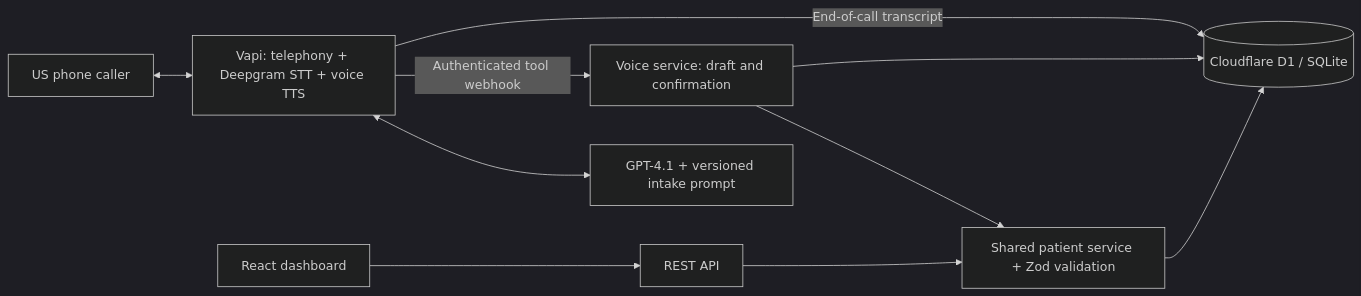
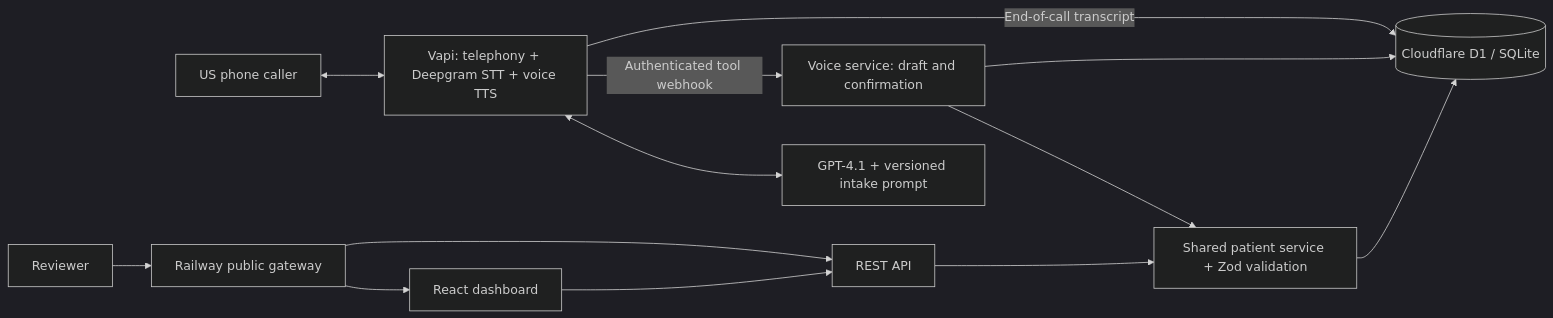
One commit to nehaaamir17/carecloud-voice-ai-agent changed the diagram in README.md. Above: the diagram before and after it, drawn with Mermaid (dark theme). The commit also changed other lines of this file and 2 other files, not shown here.

Commit message:
Document Railway production URL

````diff
--- a/README.md
+++ b/README.md
@@ -33,12 +33,15 @@
 ```mermaid
 flowchart LR
   Caller[US phone caller] <--> Vapi[Vapi: telephony + Deepgram STT + voice TTS]
   Vapi <--> LLM[GPT-4.1 + versioned intake prompt]
   Vapi -->|Authenticated tool webhook| Voice[Voice service: draft and confirmation]
+  Reviewer[Reviewer] --> Railway[Railway public gateway]
+  Railway --> Dashboard[React dashboard]
+  Railway --> API[REST API]
   Voice --> Patient[Shared patient service + Zod validation]
-  API[REST API] --> Patient
-  Dashboard[React dashboard] --> API
+  API --> Patient
+  Dashboard --> API
   Patient --> DB[(Cloudflare D1 / SQLite)]
   Voice --> DB
   Vapi -->|End-of-call transcript| DB
 ```
````
